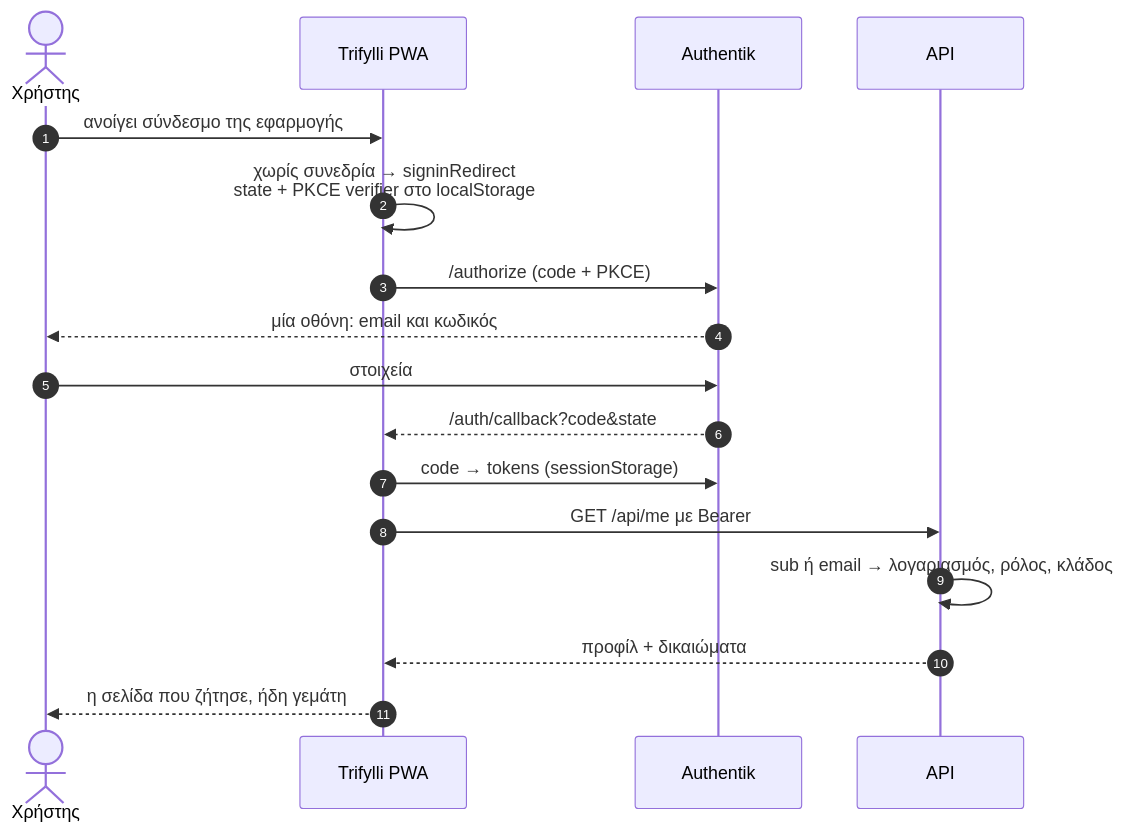
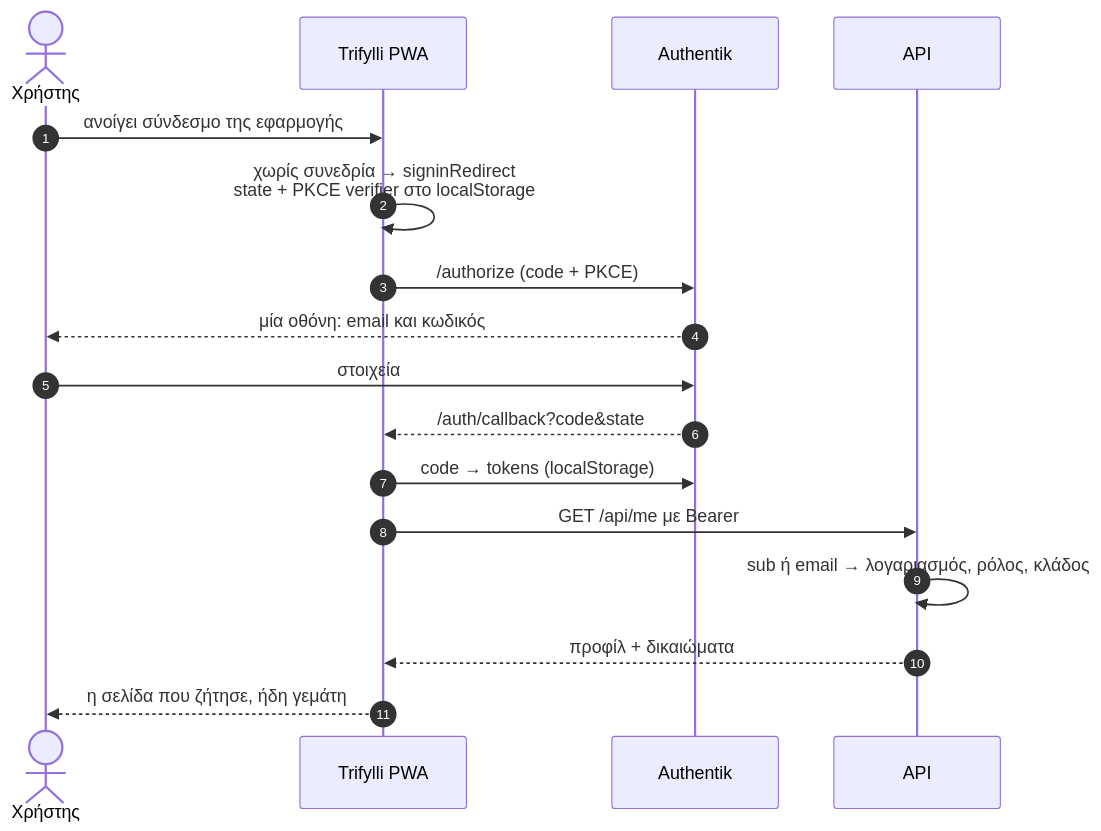
The fourth of 5 diagrams in README.md (athamour1/Trifylli), drawn with Mermaid before and after one commit. The commit also changed other lines of this file and 5 other files, not shown here.

````diff
--- a/README.md
+++ b/README.md
@@ -432,20 +432,20 @@
 ```mermaid
 sequenceDiagram
     autonumber
     actor X as Χρήστης
     participant T as Trifylli PWA
     participant K as Authentik
     participant A as API
 
     X->>T: ανοίγει σύνδεσμο της εφαρμογής
     T->>T: χωρίς συνεδρία → signinRedirect<br/>state + PKCE verifier στο localStorage
     T->>K: /authorize (code + PKCE)
     K-->>X: μία οθόνη: email και κωδικός
     X->>K: στοιχεία
     K-->>T: /auth/callback?code&state
-    T->>K: code → tokens (sessionStorage)
+    T->>K: code → tokens (localStorage)
     T->>A: GET /api/me με Bearer
     A->>A: sub ή email → λογαριασμός, ρόλος, κλάδος
     A-->>T: προφίλ + δικαιώματα
     T-->>X: η σελίδα που ζήτησε, ήδη γεμάτη
 ```
````
